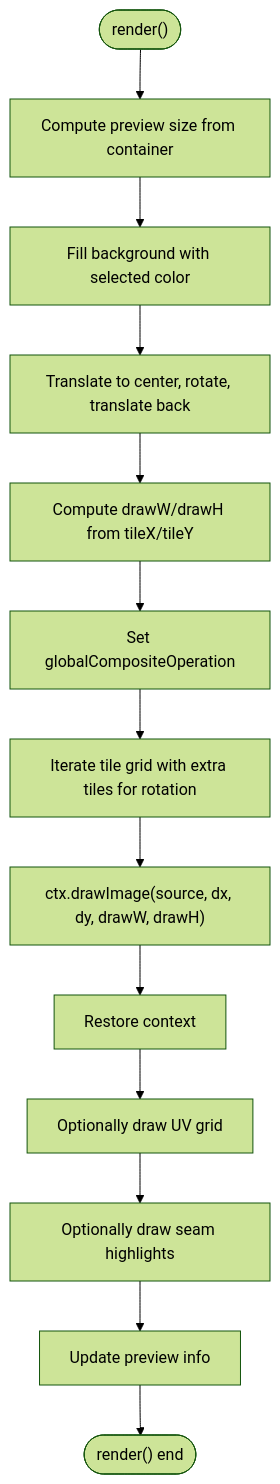
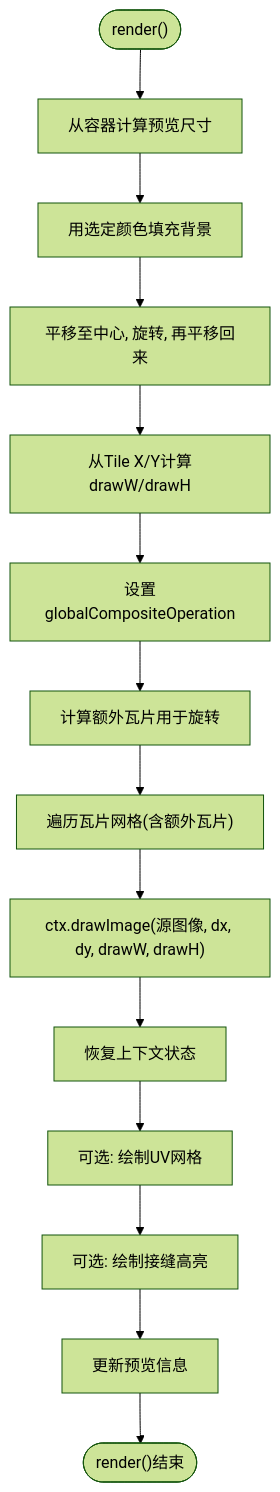
Before and after one commit to treasureGrove/TAWEBTOOL: the fourth of 9 diagrams in .qoder/repowiki/en/content/Image Processing Tools/Tiling Texture Preview.md, drawn with Mermaid (forest theme). The commit also changed other lines of this file and 30 other files, not shown here.

````diff
--- a/.qoder/repowiki/en/content/Image Processing Tools/Tiling Texture Preview.md
+++ b/.qoder/repowiki/en/content/Image Processing Tools/Tiling Texture Preview.md
@@ -142,15 +155,16 @@
 ```mermaid
 flowchart TD
-RStart(["render()"]) --> Size["Compute preview size from container"]
-Size --> BG["Fill background with selected color"]
-BG --> Transform["Translate to center, rotate, translate back"]
-Transform --> TileCalc["Compute drawW/drawH from tileX/tileY"]
-TileCalc --> Blend["Set globalCompositeOperation"]
-Blend --> Tiles["Iterate tile grid with extra tiles for rotation"]
-Tiles --> Draw["ctx.drawImage(source, dx, dy, drawW, drawH)"]
-Draw --> Restore["Restore context"]
-Restore --> Grid["Optionally draw UV grid"]
-Grid --> Seam["Optionally draw seam highlights"]
-Seam --> Info["Update preview info"]
-Info --> REnd(["render() end"])
+RStart(["render()"]) --> Size["从容器计算预览尺寸"]
+Size --> BG["用选定颜色填充背景"]
+BG --> Transform["平移至中心, 旋转, 再平移回来"]
+Transform --> TileCalc["从Tile X/Y计算drawW/drawH"]
+TileCalc --> Blend["设置globalCompositeOperation"]
+Blend --> ExtraTiles["计算额外瓦片用于旋转"]
+ExtraTiles --> Tiles["遍历瓦片网格(含额外瓦片)"]
+Tiles --> Draw["ctx.drawImage(源图像, dx, dy, drawW, drawH)"]
+Draw --> Restore["恢复上下文状态"]
+Restore --> Grid["可选: 绘制UV网格"]
+Grid --> Seam["可选: 绘制接缝高亮"]
+Seam --> Info["更新预览信息"]
+Info --> REnd(["render()结束"])
 ```
````
